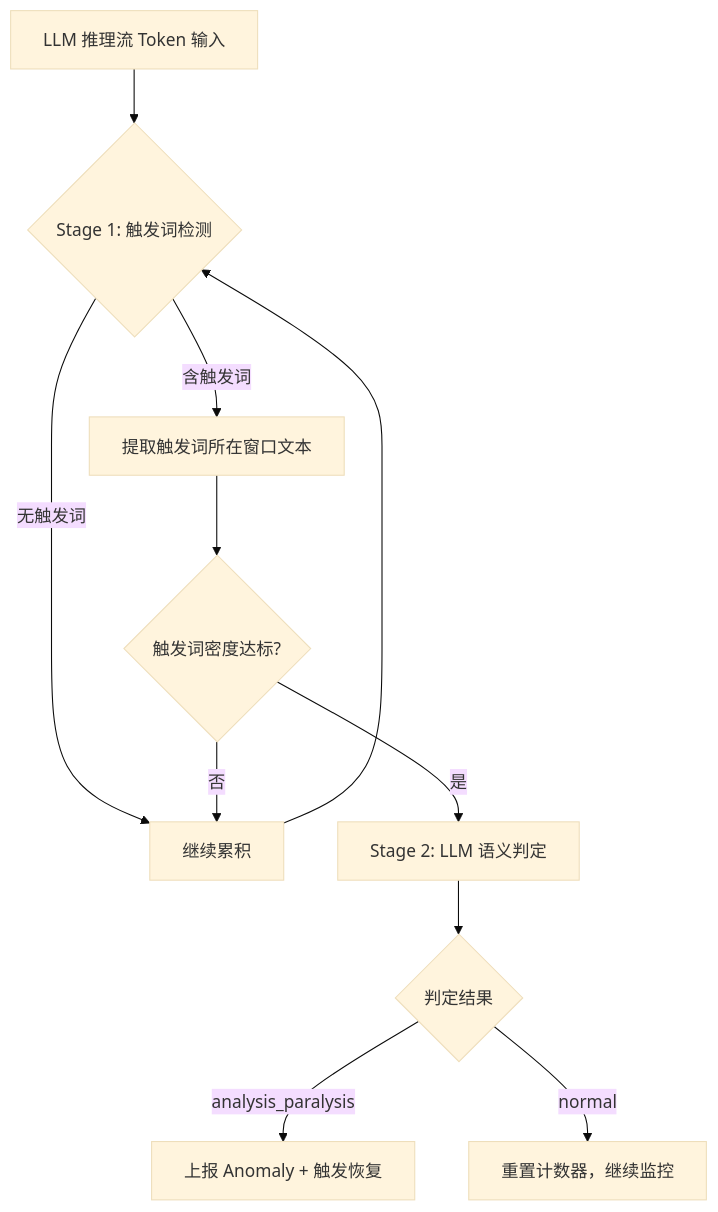
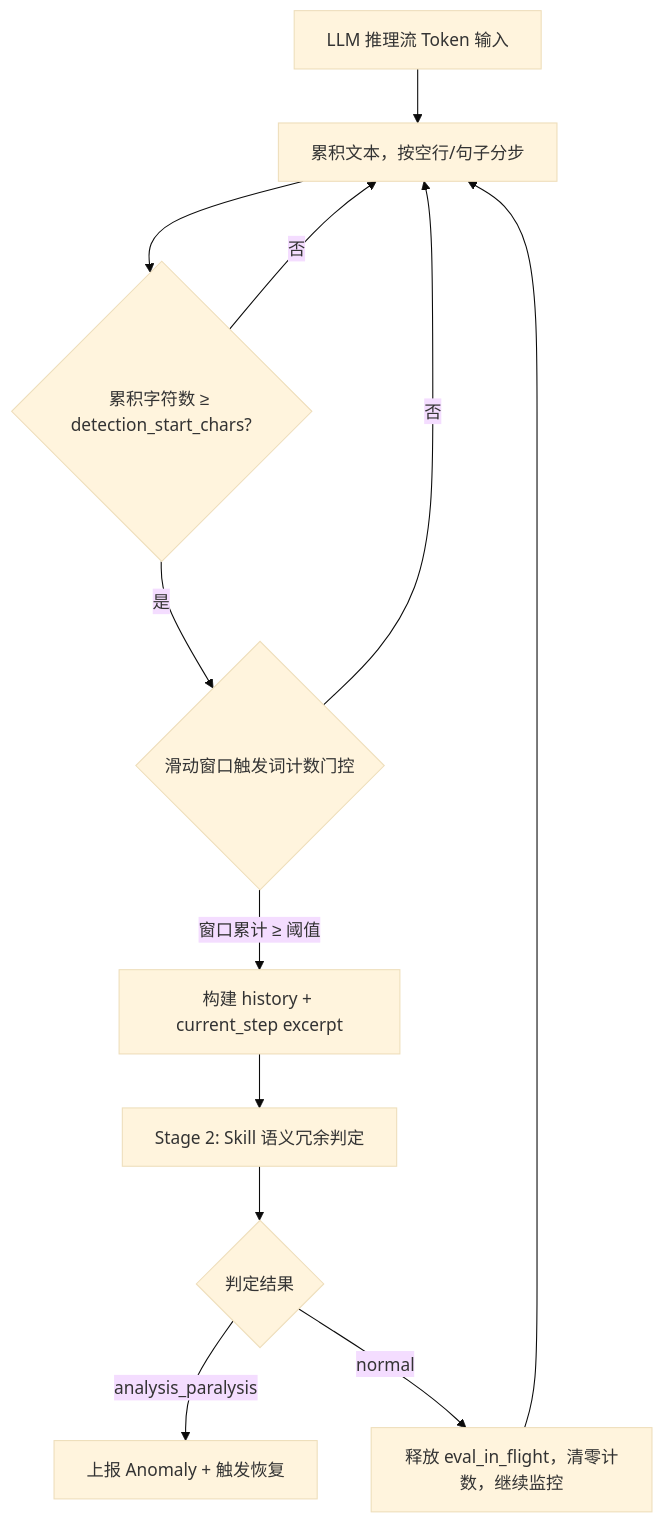
The second of 9 diagrams in docs/agent-ras/designs/features/analysis-paralysis.md (openeuler-mirror/agent-insight), drawn with Mermaid (base theme) before and after one commit. The commit also changed other lines of this file and 9 other files, not shown here.

````diff
--- a/docs/agent-ras/designs/features/analysis-paralysis.md
+++ b/docs/agent-ras/designs/features/analysis-paralysis.md
@@ -95,13 +108,14 @@
 ```mermaid
 flowchart TD
-    A[LLM 推理流 Token 输入] --> B{Stage 1: 触发词检测}
-    B -->|含触发词| C[提取触发词所在窗口文本]
-    B -->|无触发词| D[继续累积]
-    C --> E{触发词密度达标?}
-    E -->|否| D
-    E -->|是| F[Stage 2: LLM 语义判定]
+    A[LLM 推理流 Token 输入] --> B[累积文本，按空行/句子分步]
+    B --> C{累积字符数 ≥ detection_start_chars?}
+    C -->|否| B
+    C -->|是| D{滑动窗口触发词计数门控}
+    D -->|窗口累计 ≥ 阈值| E[构建 history + current_step excerpt]
+    D -->|否| B
+    E --> F[Stage 2: Skill 语义冗余判定]
     F --> G{判定结果}
     G -->|analysis_paralysis| H[上报 Anomaly + 触发恢复]
-    G -->|normal| I[重置计数器，继续监控]
-    D --> B
+    G -->|normal| I[释放 eval_in_flight，清零计数，继续监控]
+    I --> B
 ```
````
